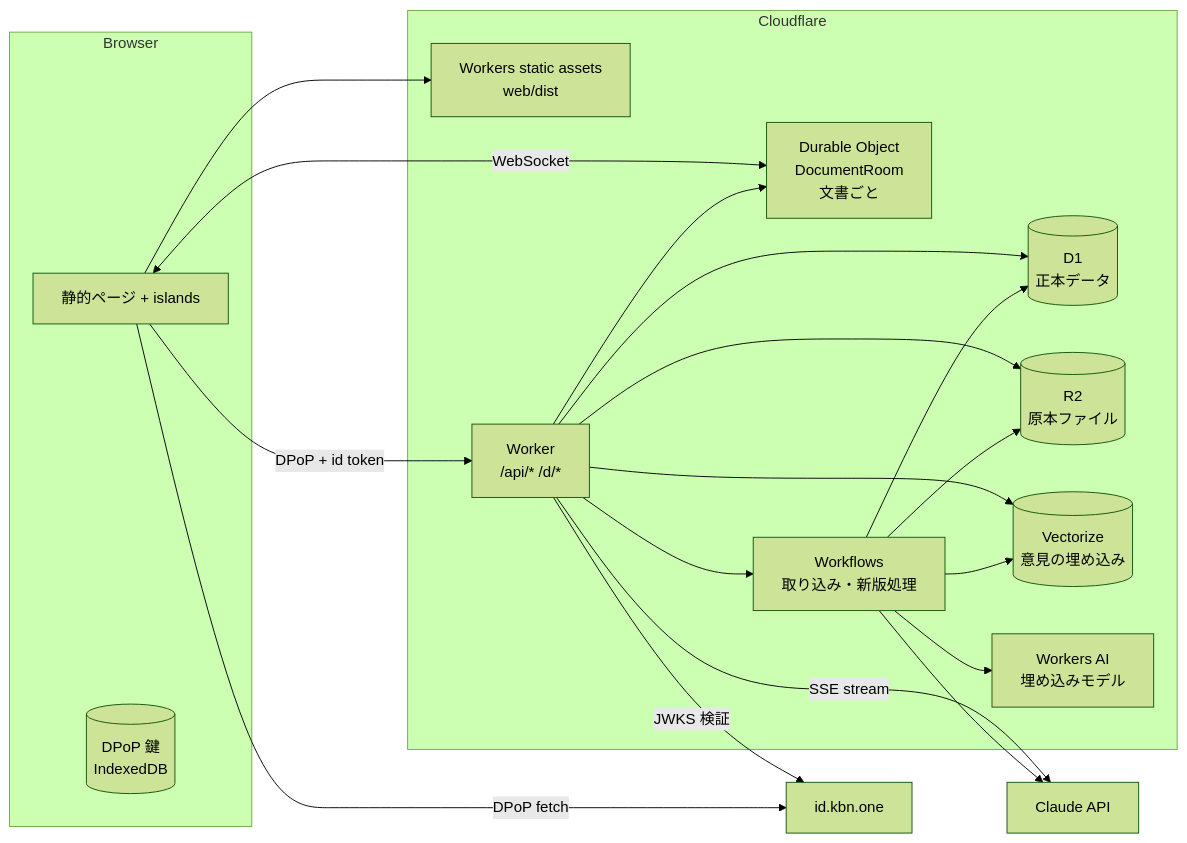
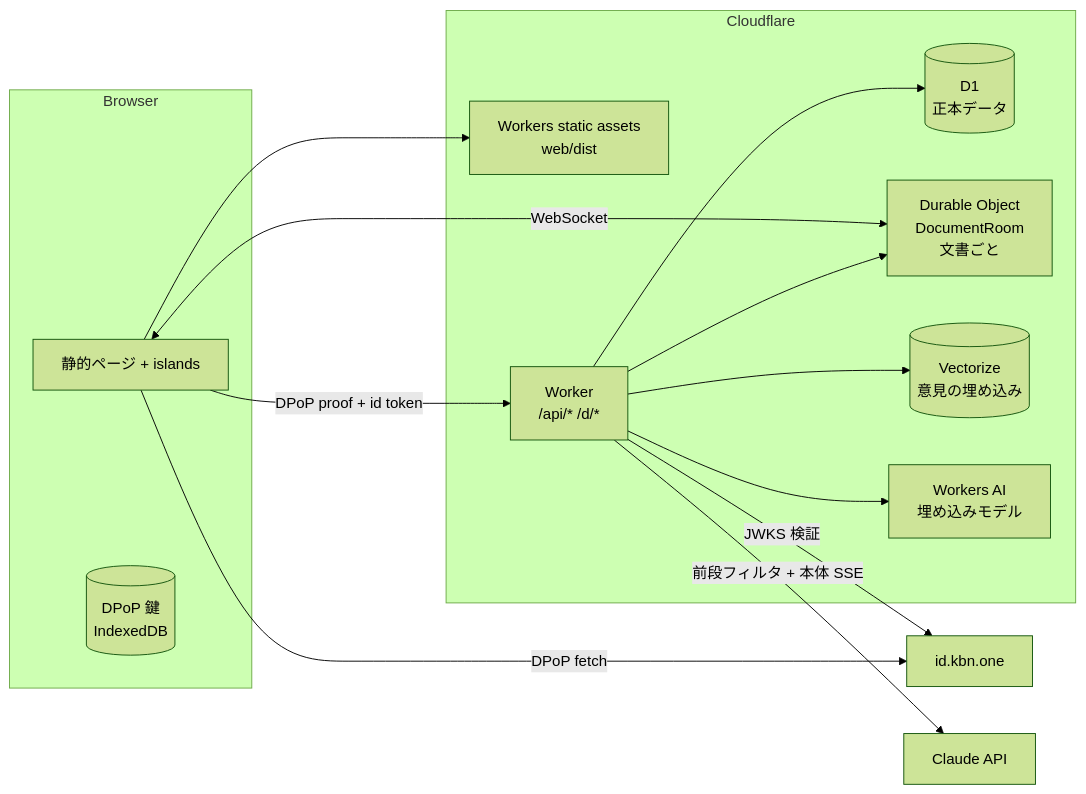
One commit to kuboon/idobata-bot changed the diagram in docs/design.md. Above: the diagram before and after it, drawn with Mermaid (forest theme). The commit also changed other lines of this file and 2 other files, not shown here.

````diff
--- a/docs/design.md
+++ b/docs/design.md
@@ -52,29 +52,25 @@
 ```mermaid
 flowchart LR
   subgraph Browser
     UI[静的ページ + islands]
     DK[(DPoP 鍵\nIndexedDB)]
   end
   subgraph Cloudflare
     ASSETS[Workers static assets\nweb/dist]
     W[Worker\n/api/* /d/*]
     D1[(D1\n正本データ)]
-    R2[(R2\n原本ファイル)]
     DO[Durable Object\nDocumentRoom\n文書ごと]
     VEC[(Vectorize\n意見の埋め込み)]
     WAI[Workers AI\n埋め込みモデル]
-    WF[Workflows\n取り込み・新版処理]
   end
   IDP[id.kbn.one]
   CLAUDE[Claude API]
 
   UI -->|DPoP fetch| IDP
   UI --> ASSETS
-  UI -->|DPoP + id token| W
+  UI -->|DPoP proof + id token| W
   UI <-->|WebSocket| DO
-  W --> D1 & R2 & VEC & DO
-  W -->|SSE stream| CLAUDE
-  W --> WF
-  WF --> CLAUDE & R2 & D1 & WAI & VEC
+  W --> D1 & VEC & DO & WAI
+  W -->|前段フィルタ + 本体 SSE| CLAUDE
   W -->|JWKS 検証| IDP
 ```
````
